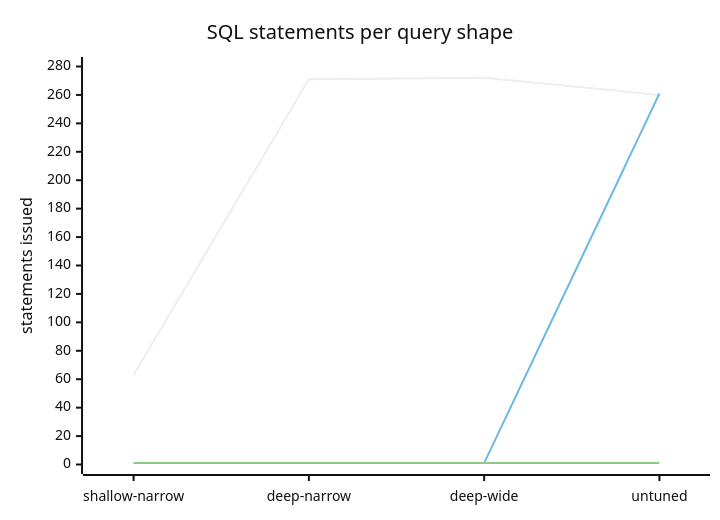
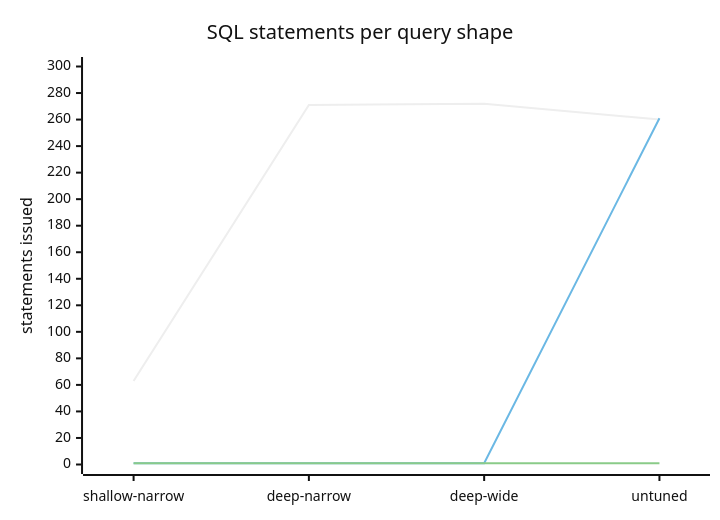
One commit to phdoerfler/grackle changed the first of 3 diagrams in benchmarks-sql/README.md. Above: the diagram before and after it, drawn with Mermaid (neutral theme). The commit also changed other lines of this file and 8 other files, not shown here.

First line of the commit message:
bench: generate the README charts from a committed data file

````diff
--- a/benchmarks-sql/README.md
+++ b/benchmarks-sql/README.md
@@ -137,9 +136,9 @@
 ```mermaid
 xychart-beta
   title "SQL statements per query shape"
   x-axis ["shallow-narrow", "deep-narrow", "deep-wide", "untuned"]
-  y-axis "statements issued" 0 --> 280
+  y-axis "statements issued" 0 --> 300
   line [63, 271, 272, 260]
   line [1, 1, 1, 261]
   line [1, 1, 1, 1]
 ```
````
